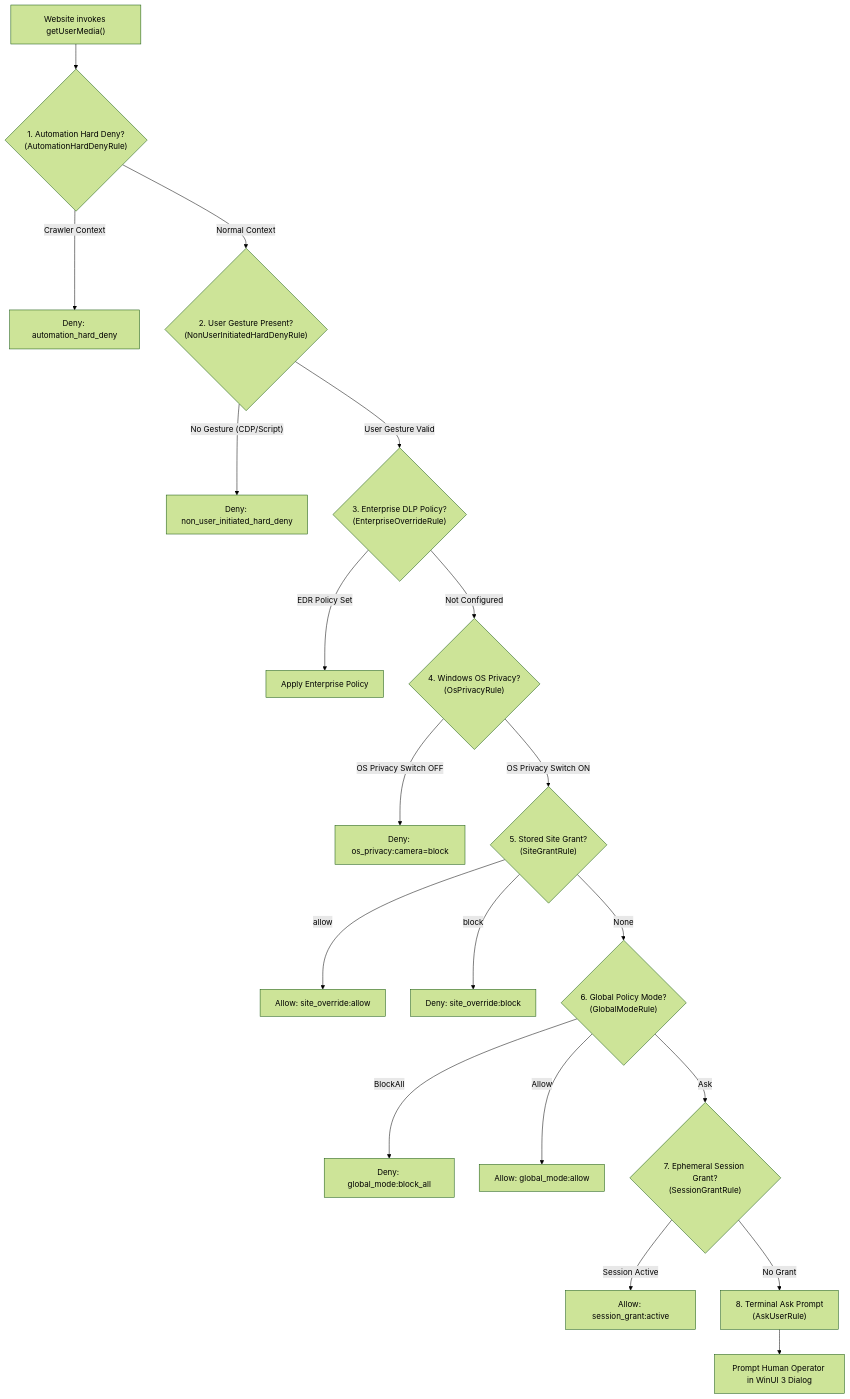
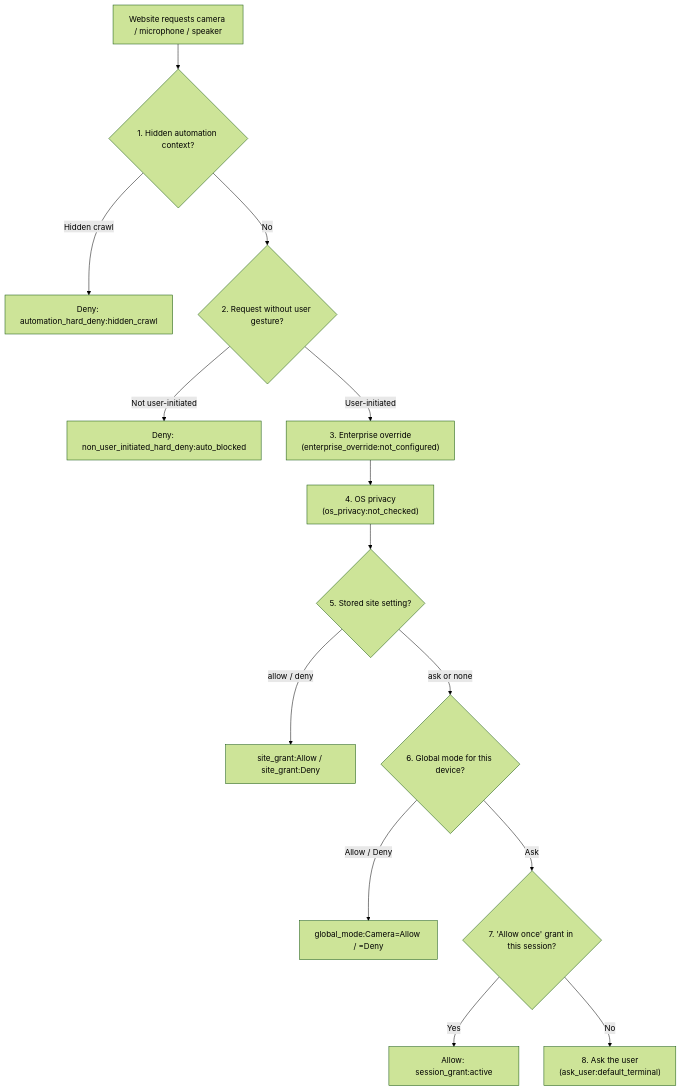
Before and after one commit to joelaniol/nova: the diagram in docs/core-features/media-intelligence/devices-and-permissions/permission-hierarchy-and-reason-stack/README.md, drawn with Mermaid (forest theme). The commit also changed other lines of this file and 10 other files, not shown here.

Commit message:
docs: correct invented reason codes and fields (media permissions, render checks, site notes, network scan, connectors)

````diff
--- a/docs/core-features/media-intelligence/devices-and-permissions/permission-hierarchy-and-reason-stack/README.md
+++ b/docs/core-features/media-intelligence/devices-and-permissions/permission-hierarchy-and-reason-stack/README.md
@@ -12,28 +12,21 @@
 ```mermaid
 flowchart TD
-    Req["Website invokes getUserMedia()"] --> R0{"1. Automation Hard Deny?<br/>(AutomationHardDenyRule)"}
-    R0 -- "Crawler Context" --> BlockAuto["Deny: automation_hard_deny"]
-    R0 -- "Normal Context" --> R1{"2. User Gesture Present?<br/>(NonUserInitiatedHardDenyRule)"}
-    
-    R1 -- "No Gesture (CDP/Script)" --> BlockGesture["Deny: non_user_initiated_hard_deny"]
-    R1 -- "User Gesture Valid" --> R2{"3. Enterprise DLP Policy?<br/>(EnterpriseOverrideRule)"}
-    
-    R2 -- "EDR Policy Set" --> BlockEnterprise["Apply Enterprise Policy"]
-    R2 -- "Not Configured" --> R3{"4. Windows OS Privacy?<br/>(OsPrivacyRule)"}
-    
-    R3 -- "OS Privacy Switch OFF" --> BlockOS["Deny: os_privacy:camera=block"]
-    R3 -- "OS Privacy Switch ON" --> R4{"5. Stored Site Grant?<br/>(SiteGrantRule)"}
-    
-    R4 -- "allow" --> AllowSite["Allow: site_override:allow"]
-    R4 -- "block" --> BlockSite["Deny: site_override:block"]
-    R4 -- "None" --> R5{"6. Global Policy Mode?<br/>(GlobalModeRule)"}
-    
-    R5 -- "BlockAll" --> BlockGlobal["Deny: global_mode:block_all"]
-    R5 -- "Allow" --> AllowGlobal["Allow: global_mode:allow"]
-    R5 -- "Ask" --> R6{"7. Ephemeral Session Grant?<br/>(SessionGrantRule)"}
-    
-    R6 -- "Session Active" --> AllowSession["Allow: session_grant:active"]
-    R6 -- "No Grant" --> R7["8. Terminal Ask Prompt<br/>(AskUserRule)"]
-    
-    R7 --> PromptUser["Prompt Human Operator in WinUI 3 Dialog"]
+    Req["Website requests camera / microphone / speaker"] --> R0{"1. Hidden automation context?"}
+    R0 -- "Hidden crawl" --> BlockAuto["Deny: automation_hard_deny:hidden_crawl"]
+    R0 -- "No" --> R1{"2. Request without user gesture?"}
+
+    R1 -- "Not user-initiated" --> BlockGesture["Deny: non_user_initiated_hard_deny:auto_blocked"]
+    R1 -- "User-initiated" --> R2["3. Enterprise override<br/>(enterprise_override:not_configured)"]
+
+    R2 --> R3["4. OS privacy<br/>(os_privacy:not_checked)"]
+    R3 --> R4{"5. Stored site setting?"}
+
+    R4 -- "allow / deny" --> SiteDecision["site_grant:Allow / site_grant:Deny"]
+    R4 -- "ask or none" --> R5{"6. Global mode for this device?"}
+
+    R5 -- "Allow / Deny" --> GlobalDecision["global_mode:Camera=Allow / =Deny"]
+    R5 -- "Ask" --> R6{"7. 'Allow once' grant in this session?"}
+
+    R6 -- "Yes" --> AllowSession["Allow: session_grant:active"]
+    R6 -- "No" --> R7["8. Ask the user<br/>(ask_user:default_terminal)"]
 ```
````
